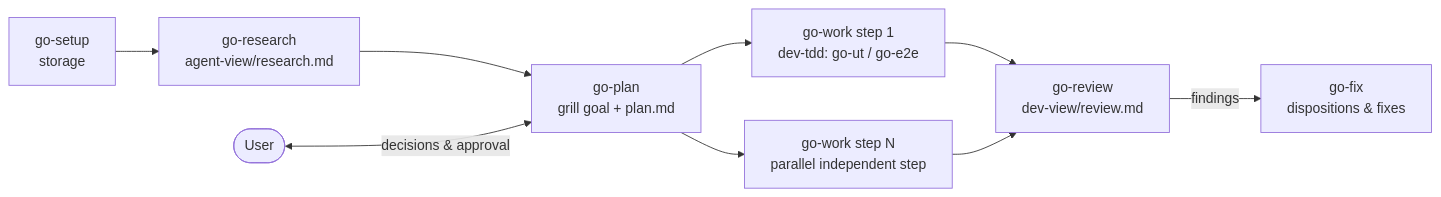
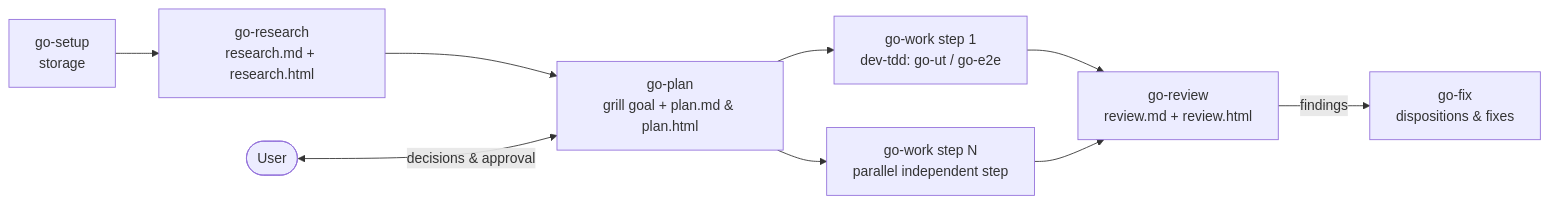
The diagram in skills/go-flow/SKILL.md (le0u0/just-do-it), drawn with Mermaid before and after one commit. The commit also changed other lines of this file and 39 other files, not shown here.

Commit message:
feat: move ut, e2e, and review md to agent-view and default dev-view to html

````diff
--- a/skills/go-flow/SKILL.md
+++ b/skills/go-flow/SKILL.md
@@ -12,11 +12,11 @@
 ```mermaid
 flowchart LR
-    S[go-setup<br/>storage] --> R[go-research<br/>agent-view/research.md]
-    R --> P[go-plan<br/>grill goal + plan.md]
+    S[go-setup<br/>storage] --> R[go-research<br/>research.md + research.html]
+    R --> P[go-plan<br/>grill goal + plan.md & plan.html]
     U([User]) <-->|decisions & approval| P
     P --> W1[go-work step 1<br/>dev-tdd: go-ut / go-e2e]
     P --> W2[go-work step N<br/>parallel independent step]
-    W1 --> V[go-review<br/>dev-view/review.md]
+    W1 --> V[go-review<br/>review.md + review.html]
     W2 --> V
     V -->|findings| F[go-fix<br/>dispositions & fixes]
 ```
````
